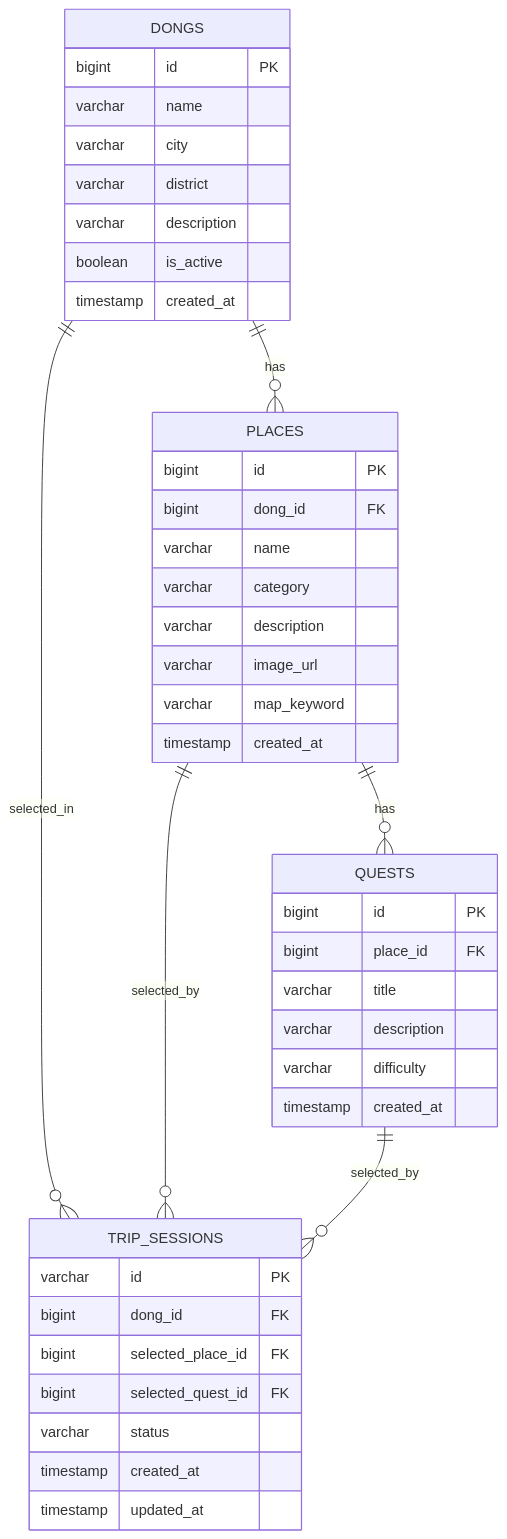
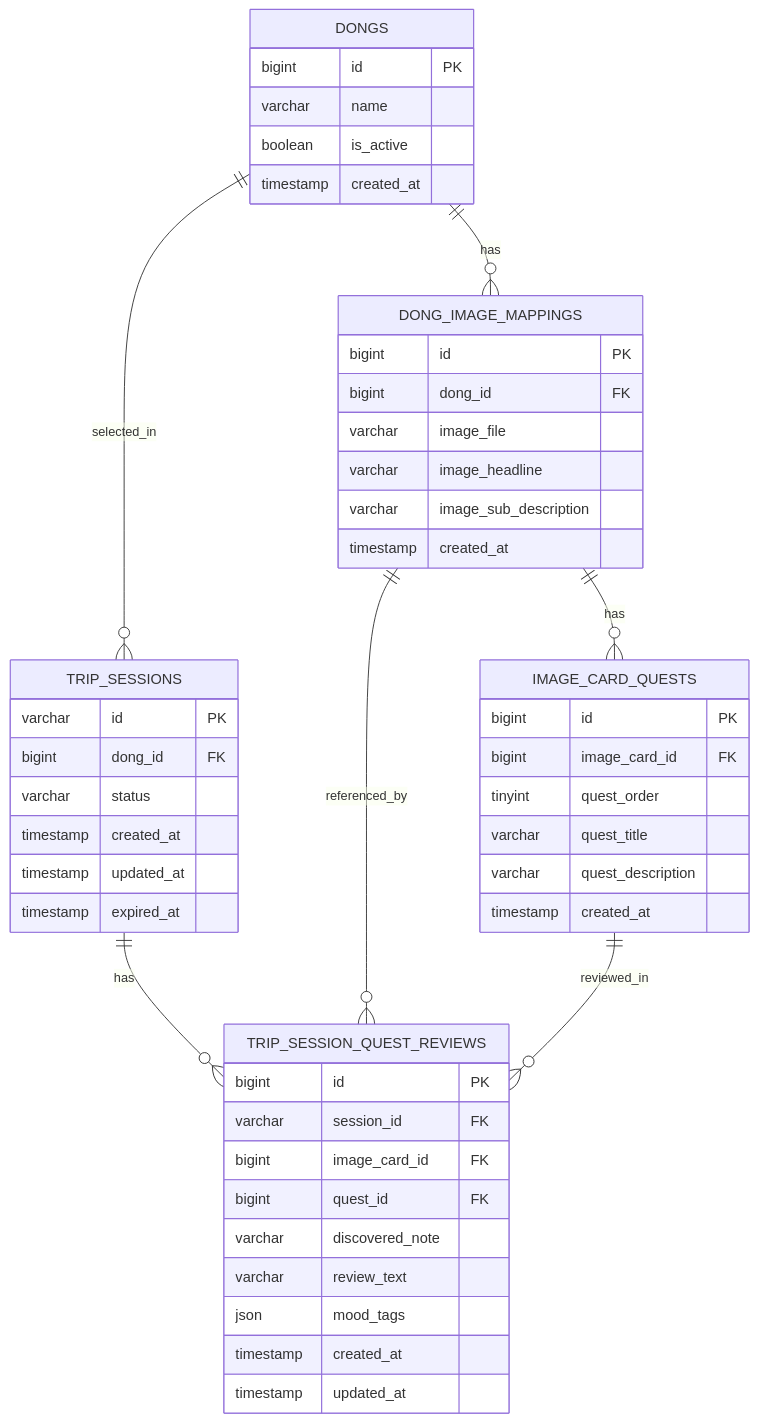
One commit to Pintrip/Pintip_BE changed the diagram in src/main/docs/핀트립_ERD.md. Above: the diagram before and after it, drawn with Mermaid. The commit also changed other lines of this file and 8 other files, not shown here.

````diff
--- a/src/main/docs/핀트립_ERD.md
+++ b/src/main/docs/핀트립_ERD.md
@@ -10,48 +12,55 @@
 ```mermaid
 erDiagram
-    DONGS ||--o{ PLACES : has
+    DONGS ||--o{ DONG_IMAGE_MAPPINGS : has
+    DONG_IMAGE_MAPPINGS ||--o{ IMAGE_CARD_QUESTS : has
     DONGS ||--o{ TRIP_SESSIONS : selected_in
-    PLACES ||--o{ QUESTS : has
-    PLACES ||--o{ TRIP_SESSIONS : selected_by
-    QUESTS ||--o{ TRIP_SESSIONS : selected_by
+    TRIP_SESSIONS ||--o{ TRIP_SESSION_QUEST_REVIEWS : has
+    DONG_IMAGE_MAPPINGS ||--o{ TRIP_SESSION_QUEST_REVIEWS : referenced_by
+    IMAGE_CARD_QUESTS ||--o{ TRIP_SESSION_QUEST_REVIEWS : reviewed_in
 
     DONGS {
         bigint id PK
         varchar name
-        varchar city
-        varchar district
-        varchar description
         boolean is_active
         timestamp created_at
     }
 
-    PLACES {
+    DONG_IMAGE_MAPPINGS {
         bigint id PK
         bigint dong_id FK
-        varchar name
-        varchar category
-        varchar description
-        varchar image_url
-        varchar map_keyword
+        varchar image_file
+        varchar image_headline
+        varchar image_sub_description
         timestamp created_at
     }
 
-    QUESTS {
+    IMAGE_CARD_QUESTS {
         bigint id PK
-        bigint place_id FK
-        varchar title
-        varchar description
-        varchar difficulty
+        bigint image_card_id FK
+        tinyint quest_order
+        varchar quest_title
+        varchar quest_description
         timestamp created_at
     }
 
     TRIP_SESSIONS {
         varchar id PK
         bigint dong_id FK
-        bigint selected_place_id FK
-        bigint selected_quest_id FK
         varchar status
+        timestamp created_at
+        timestamp updated_at
+        timestamp expired_at
+    }
+
+    TRIP_SESSION_QUEST_REVIEWS {
+        bigint id PK
+        varchar session_id FK
+        bigint image_card_id FK
+        bigint quest_id FK
+        varchar discovered_note
+        varchar review_text
+        json mood_tags
         timestamp created_at
         timestamp updated_at
     }
 ```
````
